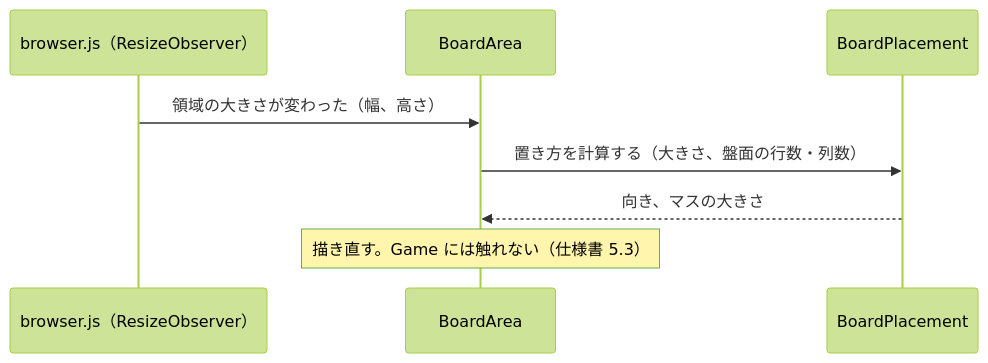
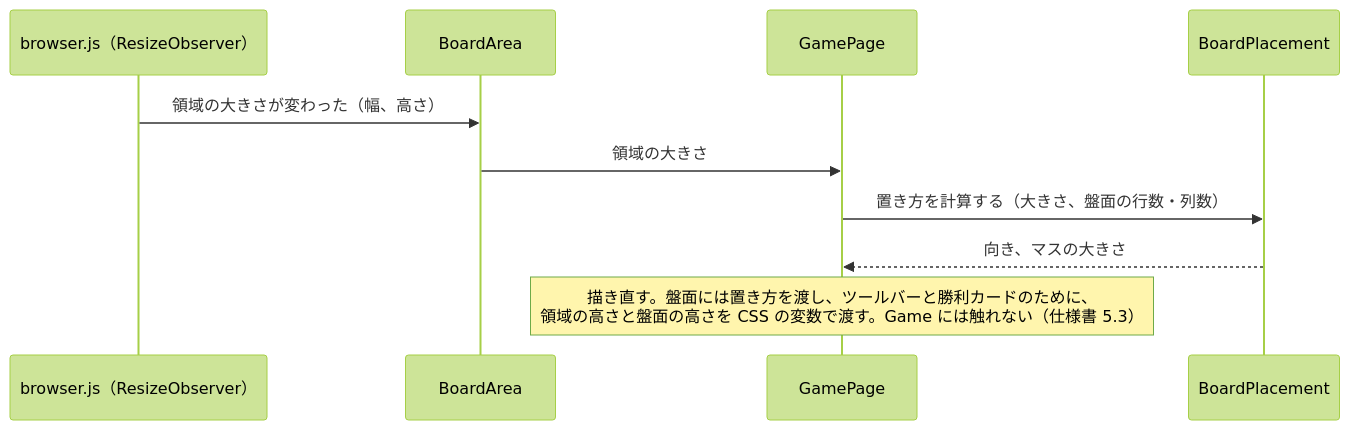
The tenth of 12 diagrams in docs/04-architecture.md (Fujiwo/Shos.Minesweeper), drawn with Mermaid (forest theme) before and after one commit. The commit also changed other lines of this file and 4 other files, not shown here.

````diff
--- a/docs/04-architecture.md
+++ b/docs/04-architecture.md
@@ -412,10 +490,12 @@
 ```mermaid
 sequenceDiagram
     participant JS as browser.js（ResizeObserver）
     participant BA as BoardArea
+    participant GamePage
     participant BP as BoardPlacement
     JS->>BA: 領域の大きさが変わった（幅、高さ）
-    BA->>BP: 置き方を計算する（大きさ、盤面の行数・列数）
-    BP-->>BA: 向き、マスの大きさ
-    Note over BA: 描き直す。Game には触れない（仕様書 5.3）
+    BA->>GamePage: 領域の大きさ
+    GamePage->>BP: 置き方を計算する（大きさ、盤面の行数・列数）
+    BP-->>GamePage: 向き、マスの大きさ
+    Note over GamePage: 描き直す。盤面には置き方を渡し、ツールバーと勝利カードのために、<br/>領域の高さと盤面の高さを CSS の変数で渡す。Game には触れない（仕様書 5.3）
 ```
````
